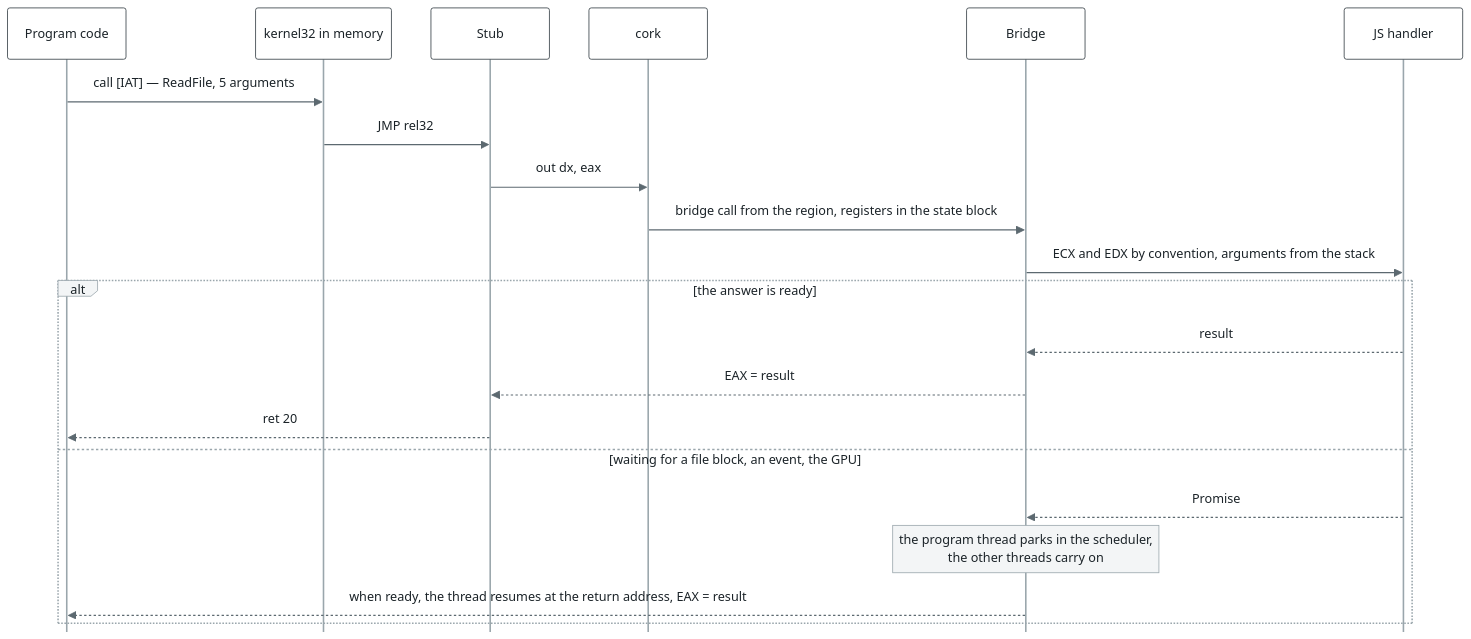
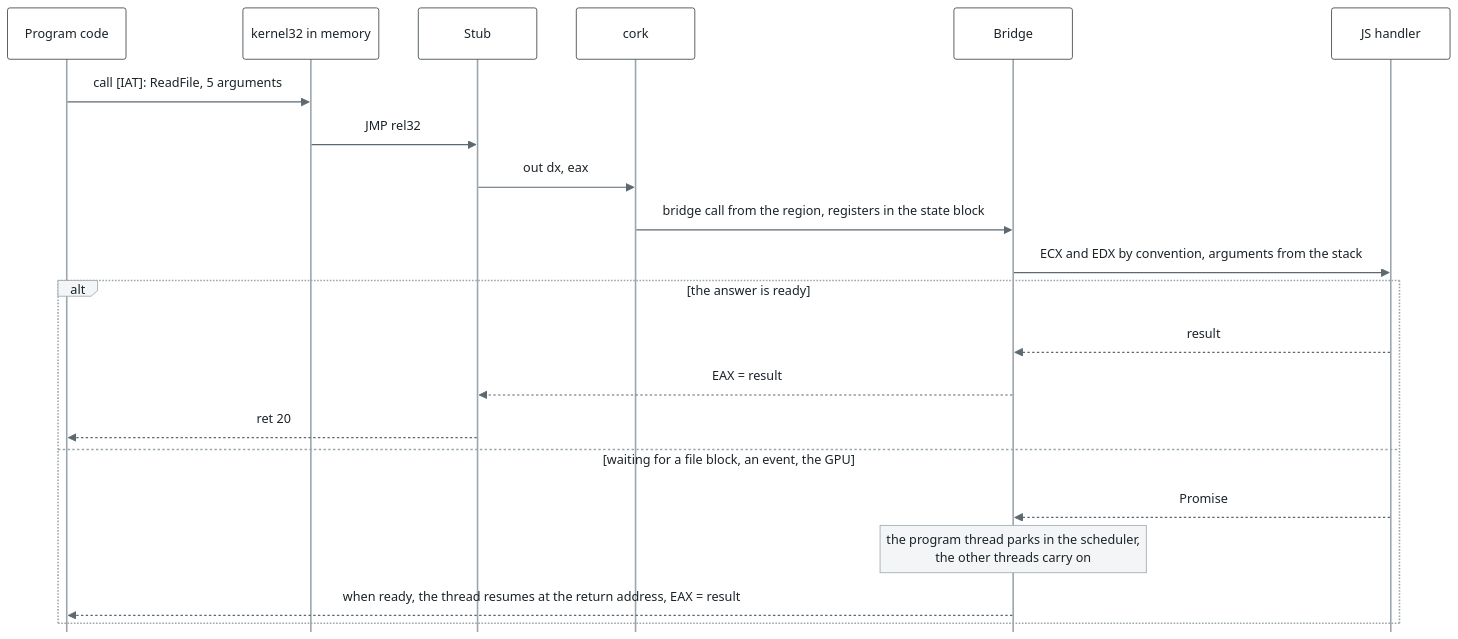
One commit to bottlify/bottlify changed the fifth of 10 diagrams in docs/architecture.md. Above: the diagram before and after it, drawn with Mermaid. The commit also changed other lines of this file and 8 other files, not shown here.

First line of the commit message:
docs: the architecture and the roadmap without dashes, the Russian text written as Russian rather than translated

````diff
--- a/docs/architecture.md
+++ b/docs/architecture.md
@@ -558,24 +558,24 @@
 ```mermaid
 %%{init: {"theme": "base", "sequence": {"mirrorActors": false, "messageMargin": 24, "noteMargin": 8}, "themeVariables": {"fontFamily": "Inter, Segoe UI, Helvetica, Arial, sans-serif", "fontSize": "13px", "actorBkg": "#FFFFFF", "actorBorder": "#2F3A40", "actorTextColor": "#1B2328", "actorLineColor": "#9AA6AC", "signalColor": "#5C6970", "signalTextColor": "#1B2328", "noteBkgColor": "#F3F5F6", "noteBorderColor": "#9AA6AC", "noteTextColor": "#1B2328", "labelBoxBkgColor": "#F3F5F6", "labelBoxBorderColor": "#9AA6AC", "labelTextColor": "#1B2328", "loopTextColor": "#1B2328"}}}%%
 sequenceDiagram
   participant X as Program code
   participant K as kernel32 in memory
   participant Z as Stub
   participant C as cork
   participant B as Bridge
   participant H as JS handler
-  X->>K: call [IAT] — ReadFile, 5 arguments
+  X->>K: call [IAT]: ReadFile, 5 arguments
   K->>Z: JMP rel32
   Z->>C: out dx, eax
   C->>B: bridge call from the region, registers in the state block
   B->>H: ECX and EDX by convention, arguments from the stack
   alt the answer is ready
     H-->>B: result
     B-->>Z: EAX = result
     Z-->>X: ret 20
   else waiting for a file block, an event, the GPU
     H-->>B: Promise
     Note over B: the program thread parks in the scheduler,<br/>the other threads carry on
     B-->>X: when ready, the thread resumes at the return address, EAX = result
   end
 ```
````
